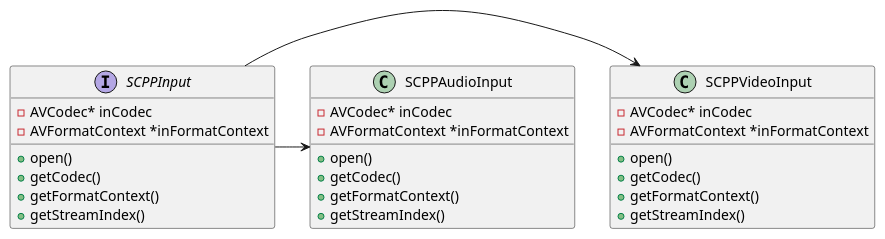
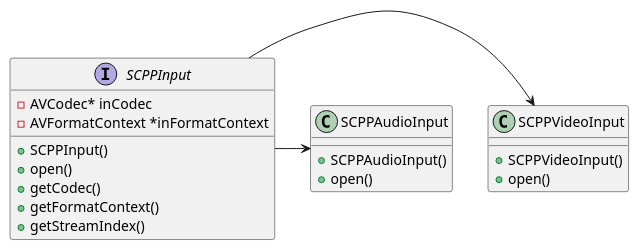
The diagram in README.md (giuliocarot0/screenreclib), drawn with PlantUML before and after one commit. The commit also changed 6 other files, not shown here.

````diff
--- a/README.md
+++ b/README.md
@@ -1,39 +1,29 @@
 ```plantuml
 Interface SCPPInput {
     - AVCodec* inCodec
     - AVFormatContext *inFormatContext
     
 
-    + open()
+    +SCPPInput()
+    + open() 
     + getCodec()
     + getFormatContext()
     + getStreamIndex()
 }
 
 
 Class SCPPVideoInput {
-    - AVCodec* inCodec
-    - AVFormatContext *inFormatContext
-    
-
+    + SCPPVideoInput()
     + open()
-    + getCodec()
-    + getFormatContext()
-    + getStreamIndex()
+ 
 }
 
 Class SCPPAudioInput {
-    - AVCodec* inCodec
-    - AVFormatContext *inFormatContext
-    
-
+    + SCPPAudioInput()
     + open()
-    + getCodec()
-    + getFormatContext()
-    + getStreamIndex()
 }
 
 SCPPInput -> SCPPVideoInput
 
 SCPPInput -> SCPPAudioInput
 ```
````
